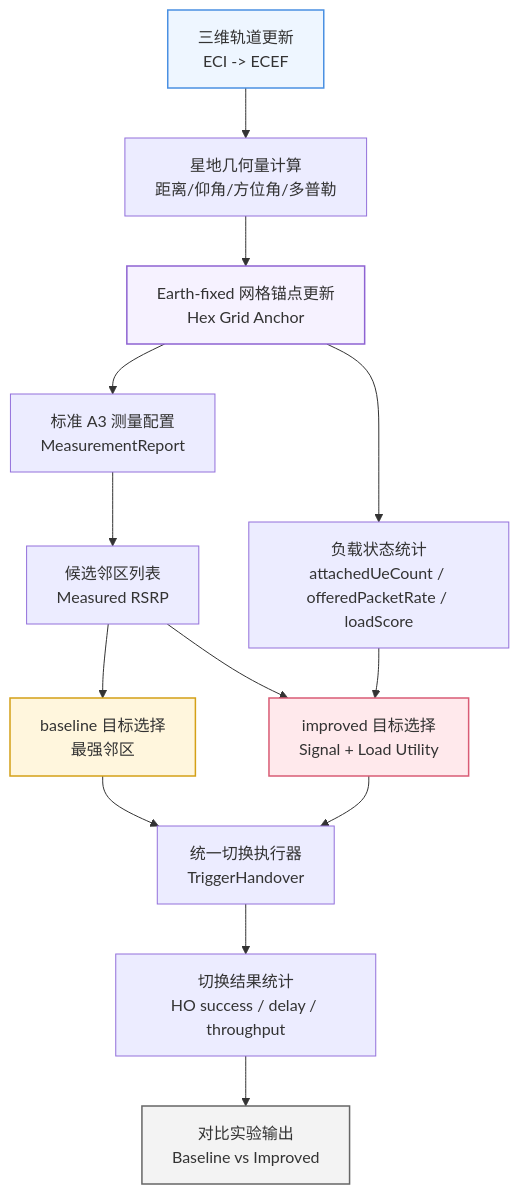
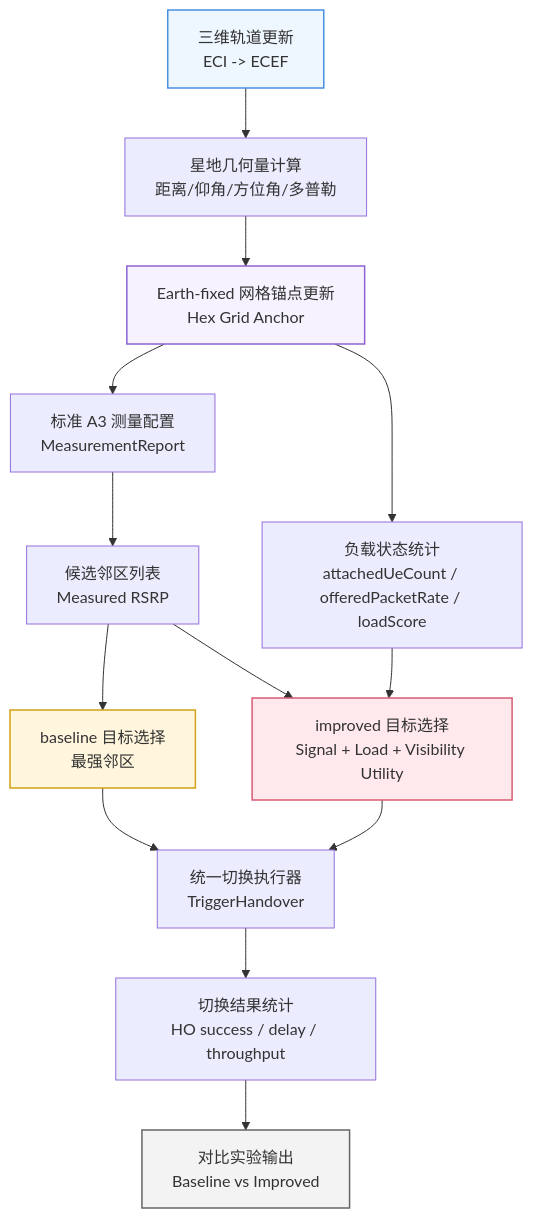
Before and after one commit to wwwwwzq0068/ns3-5glena--: the second of 2 diagrams in scratch/midterm-report/midterm-handover-flowcharts.md, drawn with Mermaid. The commit also changed other lines of this file and 16 other files, not shown here.

Commit message:
chore(v4.1): snapshot joint signal-visibility-load release

````diff
--- a/scratch/midterm-report/midterm-handover-flowcharts.md
+++ b/scratch/midterm-report/midterm-handover-flowcharts.md
@@ -89,24 +89,24 @@
 ```mermaid
 flowchart TD
     A[三维轨道更新<br/>ECI -> ECEF] --> B[星地几何量计算<br/>距离/仰角/方位角/多普勒]
     B --> C[Earth-fixed 网格锚点更新<br/>Hex Grid Anchor]
     C --> D[标准 A3 测量配置<br/>MeasurementReport]
     D --> E[候选邻区列表<br/>Measured RSRP]
     C --> G[负载状态统计<br/>attachedUeCount / offeredPacketRate / loadScore]
 
     E --> F[baseline 目标选择<br/>最强邻区]
-    E --> H[improved 目标选择<br/>Signal + Load Utility]
+    E --> H[improved 目标选择<br/>Signal + Load + Visibility Utility]
     G --> H
 
     F --> I[统一切换执行器<br/>TriggerHandover]
     H --> I
 
     I --> K[切换结果统计<br/>HO success / delay / throughput]
     K --> L[对比实验输出<br/>Baseline vs Improved]
 
     style A fill:#eef6ff,stroke:#4a90e2,stroke-width:1.5px
     style C fill:#f6f2ff,stroke:#8e63d2,stroke-width:1.5px
     style F fill:#fff6dd,stroke:#d4a017,stroke-width:1.5px
     style H fill:#ffe9ec,stroke:#d95c75,stroke-width:1.5px
     style L fill:#f3f3f3,stroke:#666,stroke-width:1.5px
 ```
````
